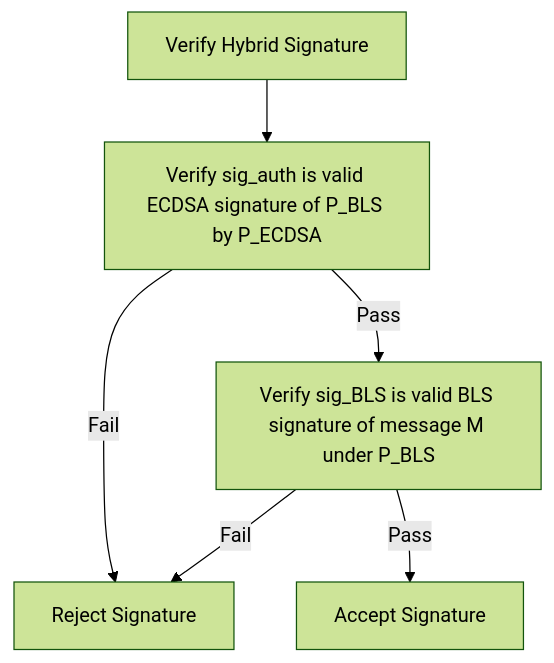
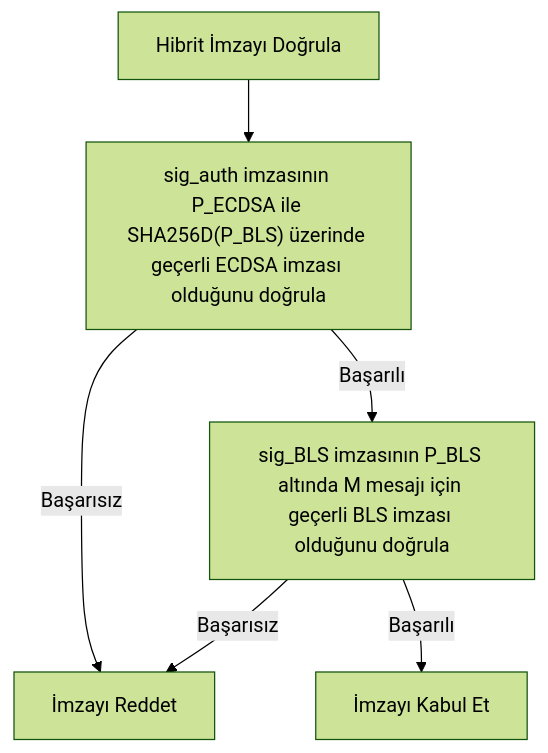
The diagram in doc/ktips/KTIP-0005_PoBLS_TR.md (bedri/KristaTech-KRISTA), drawn with Mermaid (forest theme) before and after one commit. The commit also changed other lines of this file and 88 other files, not shown here.

````diff
--- a/doc/ktips/KTIP-0005_PoBLS_TR.md
+++ b/doc/ktips/KTIP-0005_PoBLS_TR.md
@@ -62,8 +62,8 @@
 ```mermaid
 graph TD
-    Start["Verify Hybrid Signature"] --> CheckECDSA["Verify sig_auth is valid ECDSA signature of P_BLS by P_ECDSA"]
-    CheckECDSA -- "Fail" --> Reject["Reject Signature"]
-    CheckECDSA -- "Pass" --> CheckBLS["Verify sig_BLS is valid BLS signature of message M under P_BLS"]
-    CheckBLS -- "Fail" --> Reject
-    CheckBLS -- "Pass" --> Accept["Accept Signature"]
+    Start["Hibrit İmzayı Doğrula"] --> CheckECDSA["sig_auth imzasının P_ECDSA ile SHA256D(P_BLS) üzerinde geçerli ECDSA imzası olduğunu doğrula"]
+    CheckECDSA -- "Başarısız" --> Reject["İmzayı Reddet"]
+    CheckECDSA -- "Başarılı" --> CheckBLS["sig_BLS imzasının P_BLS altında M mesajı için geçerli BLS imzası olduğunu doğrula"]
+    CheckBLS -- "Başarısız" --> Reject
+    CheckBLS -- "Başarılı" --> Accept["İmzayı Kabul Et"]
 ```
````
